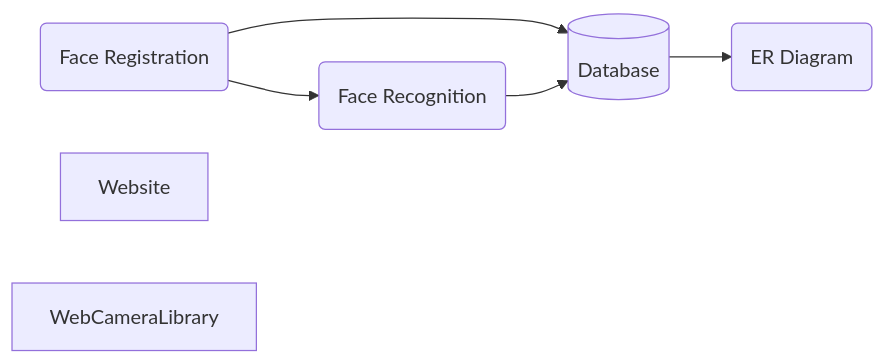
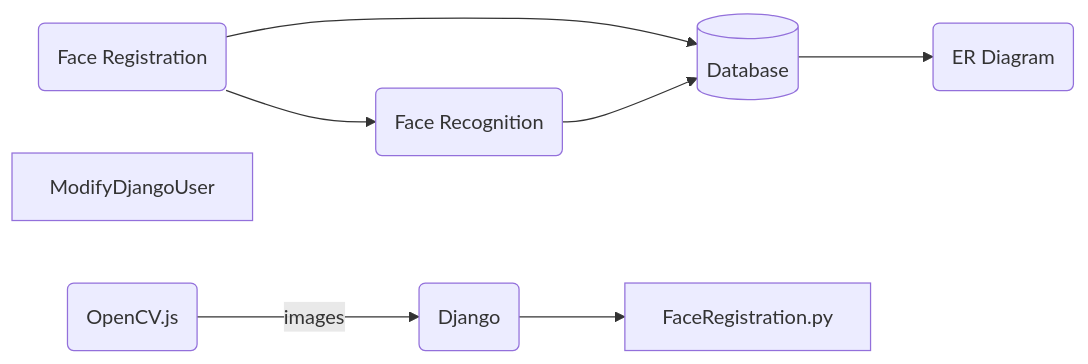
Before and after one commit to Zsolt821201/iDentity-ml-fyp-py: the diagram in docs/plan.mmd, drawn with Mermaid. The commit also changed 9 other files, not shown here.

```diff
--- a/docs/plan.mmd
+++ b/docs/plan.mmd
@@ -1,7 +1,8 @@
 graph LR
     FaceRegistration(Face Registration)--> FaceRecognition(Face Recognition) 
     FaceRegistration-->DataStorage
     FaceRecognition(Face Recognition) -->DataStorage
     DataStorage[(Database)]-->ER(ER Diagram)
     Website
-    WebCameraLibrary
+    ModifyDjangoUser
+    WebCameraLibrary(OpenCV.js)--images-->Website(Django)-->FaceRegistration.py
```
